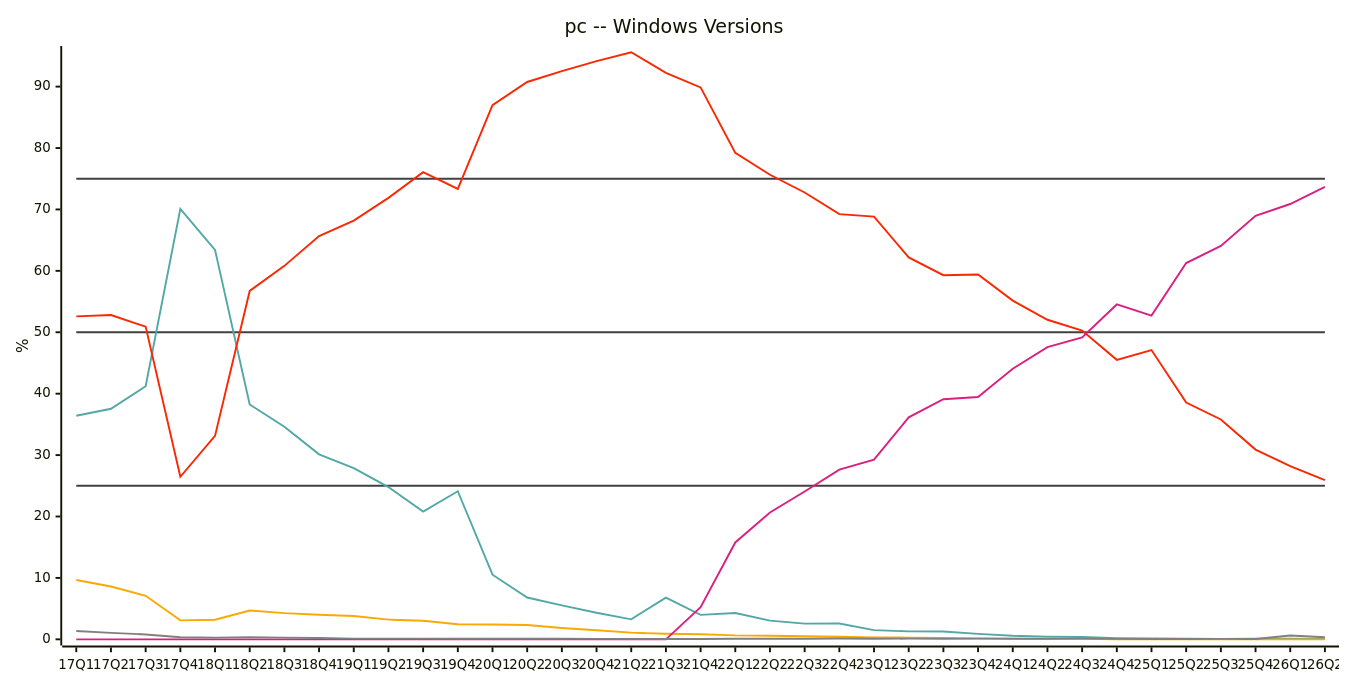
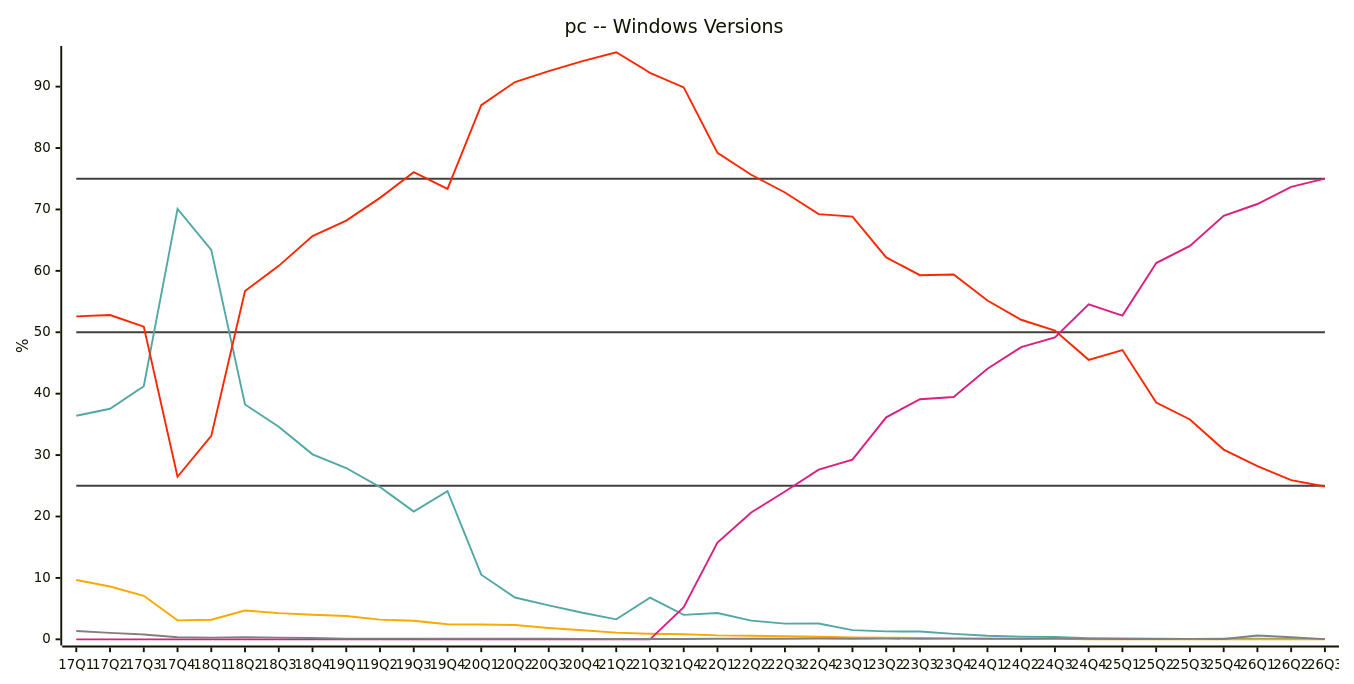
Before and after one commit to jdegene/steamHWsurvey: diagram 15 of 31 in README.md, drawn with Mermaid. The commit also changed other lines of this file and 2 other files, not shown here.

````diff
--- a/README.md
+++ b/README.md
@@ -504,26 +504,26 @@
 ```mermaid
 ---
 config:
     xyChart:
         width: 1400
         height: 700
         
     themeVariables:
         xyChart:
             plotColorPalette: "#404040,#404040,#404040,#51a8a6,#f9a900,#f92800,#d92080,#808080"
 
 --- 
 
 xychart-beta
     title "pc -- Windows Versions"
-    x-axis [17Q1, 17Q2, 17Q3, 17Q4, 18Q1, 18Q2, 18Q3, 18Q4, 19Q1, 19Q2, 19Q3, 19Q4, 20Q1, 20Q2, 20Q3, 20Q4, 21Q2, 21Q3, 21Q4, 22Q1, 22Q2, 22Q3, 22Q4, 23Q1, 23Q2, 23Q3, 23Q4, 24Q1, 24Q2, 24Q3, 24Q4, 25Q1, 25Q2, 25Q3, 25Q4, 26Q1, 26Q2]
+    x-axis [17Q1, 17Q2, 17Q3, 17Q4, 18Q1, 18Q2, 18Q3, 18Q4, 19Q1, 19Q2, 19Q3, 19Q4, 20Q1, 20Q2, 20Q3, 20Q4, 21Q2, 21Q3, 21Q4, 22Q1, 22Q2, 22Q3, 22Q4, 23Q1, 23Q2, 23Q3, 23Q4, 24Q1, 24Q2, 24Q3, 24Q4, 25Q1, 25Q2, 25Q3, 25Q4, 26Q1, 26Q2, 26Q3]
     y-axis "%" 
- line [25, 25, 25, 25, 25, 25, 25, 25, 25, 25, 25, 25, 25, 25, 25, 25, 25, 25, 25, 25, 25, 25, 25, 25, 25, 25, 25, 25, 25, 25, 25, 25, 25, 25, 25, 25, 25]
- line [50, 50, 50, 50, 50, 50, 50, 50, 50, 50, 50, 50, 50, 50, 50, 50, 50, 50, 50, 50, 50, 50, 50, 50, 50, 50, 50, 50, 50, 50, 50, 50, 50, 50, 50, 50, 50]
- line [75, 75, 75, 75, 75, 75, 75, 75, 75, 75, 75, 75, 75, 75, 75, 75, 75, 75, 75, 75, 75, 75, 75, 75, 75, 75, 75, 75, 75, 75, 75, 75, 75, 75, 75, 75, 75]
-    line [36.405, 37.54666666666667, 41.20333333333333, 70.09666666666666, 63.416666666666664, 38.235, 34.63, 30.119999999999997, 27.889999999999997, 24.795, 20.8, 24.11, 10.525, 6.81, 5.54, 4.32, 3.256666666666667, 6.79, 3.9849999999999994, 4.2749999999999995, 3.043333333333333, 2.5533333333333337, 2.58, 1.4966666666666668, 1.2900000000000003, 1.2766666666666668, 0.8833333333333334, 0.5833333333333334, 0.42, 0.3766666666666667, 0.2033333333333333, 0.12333333333333335, 0.10666666666666665, 0.07666666666666667, 0.09333333333333334, 0.09000000000000001, 0.07333333333333333]
-    line [9.665, 8.600000000000001, 7.086666666666668, 3.093333333333333, 3.1933333333333334, 4.68, 4.266666666666667, 3.9966666666666666, 3.8033333333333337, 3.2100000000000004, 3.013333333333333, 2.46, 2.405, 2.3433333333333333, 1.8549999999999998, 1.4700000000000002, 1.0833333333333335, 0.8999999999999999, 0.835, 0.6399999999999999, 0.5766666666666667, 0.5033333333333333, 0.4266666666666666, 0.32, 0.27499999999999997, 0.22, 0.15666666666666668, 0.10666666666666665, 0.08333333333333334, 0.075, 0, 0, 0, 0, 0, 0, 0]
-    line [52.580000000000005, 52.80666666666667, 50.913333333333334, 26.47, 33.123333333333335, 56.730000000000004, 60.81333333333333, 65.67, 68.18666666666667, 71.885, 76.07666666666667, 73.33666666666666, 86.98, 90.75333333333333, 92.52, 94.145, 95.6, 92.25, 89.875, 79.21000000000001, 75.64333333333333, 72.75666666666667, 69.23333333333333, 68.82333333333334, 62.17999999999999, 59.296666666666674, 59.4, 55.16, 52.03666666666666, 50.28666666666667, 45.51, 47.099999999999994, 38.56666666666666, 35.79999999999999, 30.89666666666667, 28.199999999999996, 25.923333333333336]
-    line [0, 0, 0, 0, 0, 0, 0, 0, 0, 0, 0, 0, 0, 0, 0, 0, 0, 0, 5.244999999999999, 15.770000000000001, 20.65, 24.08, 27.63, 29.26, 36.150000000000006, 39.10333333333333, 39.46333333333333, 44.06, 47.57, 49.169999999999995, 54.53, 52.72, 61.26999999999999, 64.05333333333334, 68.96333333333334, 70.88499999999999, 73.66333333333334]
-    line [1.345, 1.0466666666666666, 0.7966666666666667, 0.3433333333333333, 0.27666666666666667, 0.355, 0.27666666666666667, 0.2133333333333333, 0.11666666666666668, 0.10999999999999999, 0.10666666666666667, 0.09000000000000001, 0.1, 0.09666666666666665, 0.085, 0.06999999999999999, 0.05333333333333332, 0.06, 0.06, 0.1, 0.08666666666666667, 0.1, 0.12666666666666665, 0.09333333333333334, 0.10999999999999999, 0.1, 0.10666666666666667, 0.08666666666666667, 0.08, 0.11666666666666668, 0.06666666666666667, 0.05666666666666666, 0.05333333333333332, 0.07333333333333332, 0.04666666666666667, 0.6316666666666667, 0.3433333333333333]
+ line [25, 25, 25, 25, 25, 25, 25, 25, 25, 25, 25, 25, 25, 25, 25, 25, 25, 25, 25, 25, 25, 25, 25, 25, 25, 25, 25, 25, 25, 25, 25, 25, 25, 25, 25, 25, 25, 25]
+ line [50, 50, 50, 50, 50, 50, 50, 50, 50, 50, 50, 50, 50, 50, 50, 50, 50, 50, 50, 50, 50, 50, 50, 50, 50, 50, 50, 50, 50, 50, 50, 50, 50, 50, 50, 50, 50, 50]
+ line [75, 75, 75, 75, 75, 75, 75, 75, 75, 75, 75, 75, 75, 75, 75, 75, 75, 75, 75, 75, 75, 75, 75, 75, 75, 75, 75, 75, 75, 75, 75, 75, 75, 75, 75, 75, 75, 75]
+    line [36.405, 37.54666666666667, 41.20333333333333, 70.09666666666666, 63.416666666666664, 38.235, 34.63, 30.119999999999997, 27.889999999999997, 24.795, 20.8, 24.11, 10.525, 6.81, 5.54, 4.32, 3.256666666666667, 6.79, 3.9849999999999994, 4.2749999999999995, 3.043333333333333, 2.5533333333333337, 2.58, 1.4966666666666668, 1.2900000000000003, 1.2766666666666668, 0.8833333333333334, 0.5833333333333334, 0.42, 0.3766666666666667, 0.2033333333333333, 0.12333333333333335, 0.10666666666666665, 0.07666666666666667, 0.09333333333333334, 0.09000000000000001, 0.07333333333333333, 0.08]
+    line [9.665, 8.600000000000001, 7.086666666666668, 3.093333333333333, 3.1933333333333334, 4.68, 4.266666666666667, 3.9966666666666666, 3.8033333333333337, 3.2100000000000004, 3.013333333333333, 2.46, 2.405, 2.3433333333333333, 1.8549999999999998, 1.4700000000000002, 1.0833333333333335, 0.8999999999999999, 0.835, 0.6399999999999999, 0.5766666666666667, 0.5033333333333333, 0.4266666666666666, 0.32, 0.27499999999999997, 0.22, 0.15666666666666668, 0.10666666666666665, 0.08333333333333334, 0.075, 0, 0, 0, 0, 0, 0, 0, 0]
+    line [52.580000000000005, 52.80666666666667, 50.913333333333334, 26.47, 33.123333333333335, 56.730000000000004, 60.81333333333333, 65.67, 68.18666666666667, 71.885, 76.07666666666667, 73.33666666666666, 86.98, 90.75333333333333, 92.52, 94.145, 95.6, 92.25, 89.875, 79.21000000000001, 75.64333333333333, 72.75666666666667, 69.23333333333333, 68.82333333333334, 62.17999999999999, 59.296666666666674, 59.4, 55.16, 52.03666666666666, 50.28666666666667, 45.51, 47.099999999999994, 38.56666666666666, 35.79999999999999, 30.89666666666667, 28.199999999999996, 25.923333333333336, 24.88]
+    line [0, 0, 0, 0, 0, 0, 0, 0, 0, 0, 0, 0, 0, 0, 0, 0, 0, 0, 5.244999999999999, 15.770000000000001, 20.65, 24.08, 27.63, 29.26, 36.150000000000006, 39.10333333333333, 39.46333333333333, 44.06, 47.57, 49.169999999999995, 54.53, 52.72, 61.26999999999999, 64.05333333333334, 68.96333333333334, 70.88499999999999, 73.66333333333334, 75.01]
+    line [1.345, 1.0466666666666666, 0.7966666666666667, 0.3433333333333333, 0.27666666666666667, 0.355, 0.27666666666666667, 0.2133333333333333, 0.11666666666666668, 0.10999999999999999, 0.10666666666666667, 0.09000000000000001, 0.1, 0.09666666666666665, 0.085, 0.06999999999999999, 0.05333333333333332, 0.06, 0.06, 0.1, 0.08666666666666667, 0.1, 0.12666666666666665, 0.09333333333333334, 0.10999999999999999, 0.1, 0.10666666666666667, 0.08666666666666667, 0.08, 0.11666666666666668, 0.06666666666666667, 0.05666666666666666, 0.05333333333333332, 0.07333333333333332, 0.04666666666666667, 0.6316666666666667, 0.3433333333333333, 0.03]
 ``` 
````
